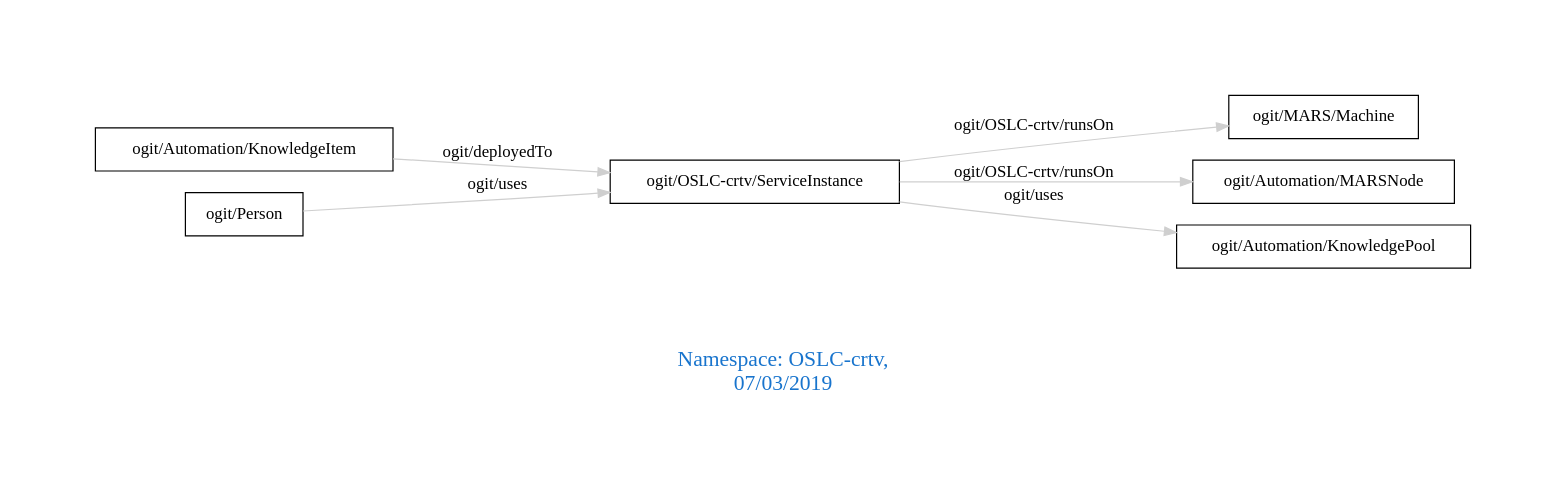
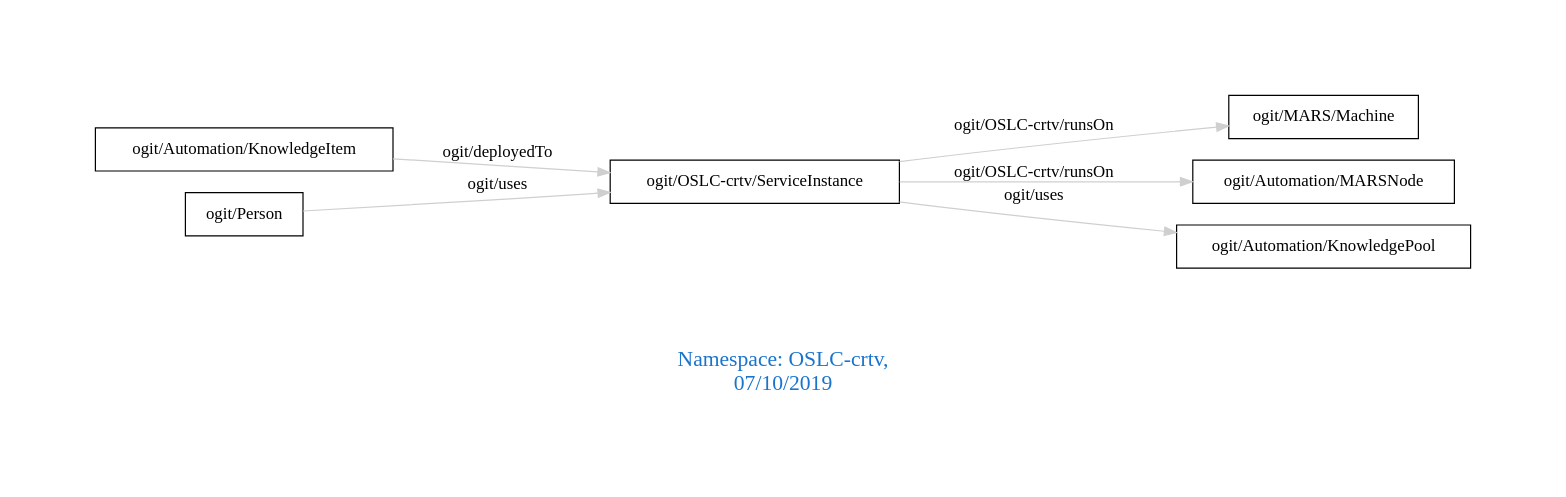
One commit to arago/OGIT changed the diagram in downloads/OSLC-crtv.dot. Above: the diagram before and after it, drawn with Graphviz. The commit also changed 1503 other files, not shown here.

```diff
--- a/downloads/OSLC-crtv.dot
+++ b/downloads/OSLC-crtv.dot
@@ -1,13 +1,13 @@
 digraph OGIT_ontology {
  graph [ rankdir= LR,pad=1 
 fontsize = 18,
-fontcolor= dodgerblue3,label = "\n\n\nNamespace: OSLC-crtv, \n 07/03/2019"];
+fontcolor= dodgerblue3,label = "\n\n\nNamespace: OSLC-crtv, \n 07/10/2019"];
 node[shape=polygon];
 edge [  color="gray81"];
 
    "ogit/Automation/KnowledgeItem" -> "ogit/OSLC-crtv/ServiceInstance" [label="   ogit/deployedTo    "];
    "ogit/OSLC-crtv/ServiceInstance" -> "ogit/MARS/Machine" [label="   ogit/OSLC-crtv/runsOn    "];
    "ogit/OSLC-crtv/ServiceInstance" -> "ogit/Automation/MARSNode" [label="   ogit/OSLC-crtv/runsOn    "];
    "ogit/OSLC-crtv/ServiceInstance" -> "ogit/Automation/KnowledgePool" [label="   ogit/uses    "];
    "ogit/Person" -> "ogit/OSLC-crtv/ServiceInstance" [label="   ogit/uses    "];
 }
```
